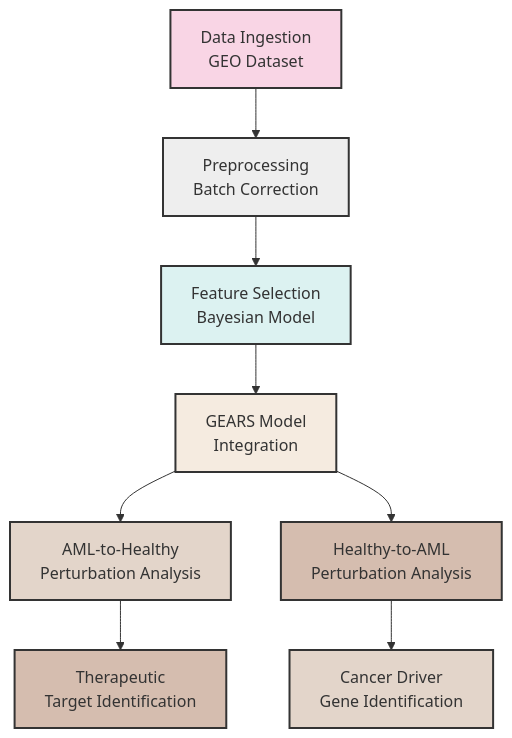
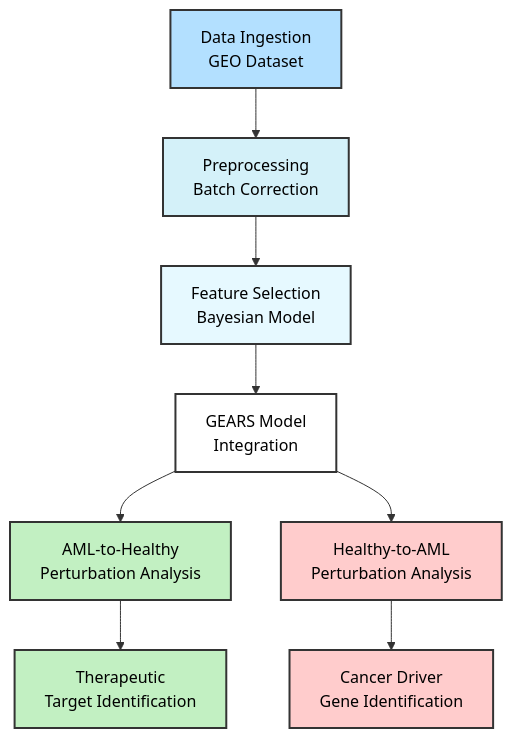
One commit to ejmockler/ML-AML changed the first of 3 diagrams in README.md. Above: the diagram before and after it, drawn with Mermaid. The commit also changed other lines of this file, not shown here.

Commit message:
fix README diagram colors & newlines

````diff
--- a/README.md
+++ b/README.md
@@ -16,19 +16,19 @@
 ```mermaid
 flowchart TD
-    A[Data Ingestion\nGEO Dataset] --> B[Preprocessing\nBatch Correction]
-    B --> C[Feature Selection\nBayesian Model]
-    C --> D[GEARS Model\nIntegration]
-    D --> E1[AML-to-Healthy\nPerturbation Analysis]
-    D --> E2[Healthy-to-AML\nPerturbation Analysis]
-    E1 --> F1[Therapeutic\nTarget Identification]
-    E2 --> F2[Cancer Driver\nGene Identification]
+    A["Data Ingestion<br/>GEO Dataset"] --> B["Preprocessing<br/>Batch Correction"]
+    B --> C["Feature Selection<br/>Bayesian Model"]
+    C --> D["GEARS Model<br/>Integration"]
+    D --> E1["AML-to-Healthy<br/>Perturbation Analysis"]
+    D --> E2["Healthy-to-AML<br/>Perturbation Analysis"]
+    E1 --> F1["Therapeutic<br/>Target Identification"]
+    E2 --> F2["Cancer Driver<br/>Gene Identification"]
     
-    style A fill:#f9d5e5,stroke:#333,stroke-width:2px
-    style B fill:#eeeeee,stroke:#333,stroke-width:2px
-    style C fill:#dcf2f1,stroke:#333,stroke-width:2px
-    style D fill:#f5ebe0,stroke:#333,stroke-width:2px
-    style E1 fill:#e3d5ca,stroke:#333,stroke-width:2px
-    style E2 fill:#d5bdaf,stroke:#333,stroke-width:2px
-    style F1 fill:#d5bdaf,stroke:#333,stroke-width:2px
-    style F2 fill:#e3d5ca,stroke:#333,stroke-width:2px
+    style A fill:#b3e0ff,stroke:#333,stroke-width:2px,color:#000
+    style B fill:#d4f1f9,stroke:#333,stroke-width:2px,color:#000
+    style C fill:#e6f9ff,stroke:#333,stroke-width:2px,color:#000
+    style D fill:#ffffff,stroke:#333,stroke-width:2px,color:#000
+    style E1 fill:#c2f0c2,stroke:#333,stroke-width:2px,color:#000
+    style E2 fill:#ffcccc,stroke:#333,stroke-width:2px,color:#000
+    style F1 fill:#c2f0c2,stroke:#333,stroke-width:2px,color:#000
+    style F2 fill:#ffcccc,stroke:#333,stroke-width:2px,color:#000
 ```
````
